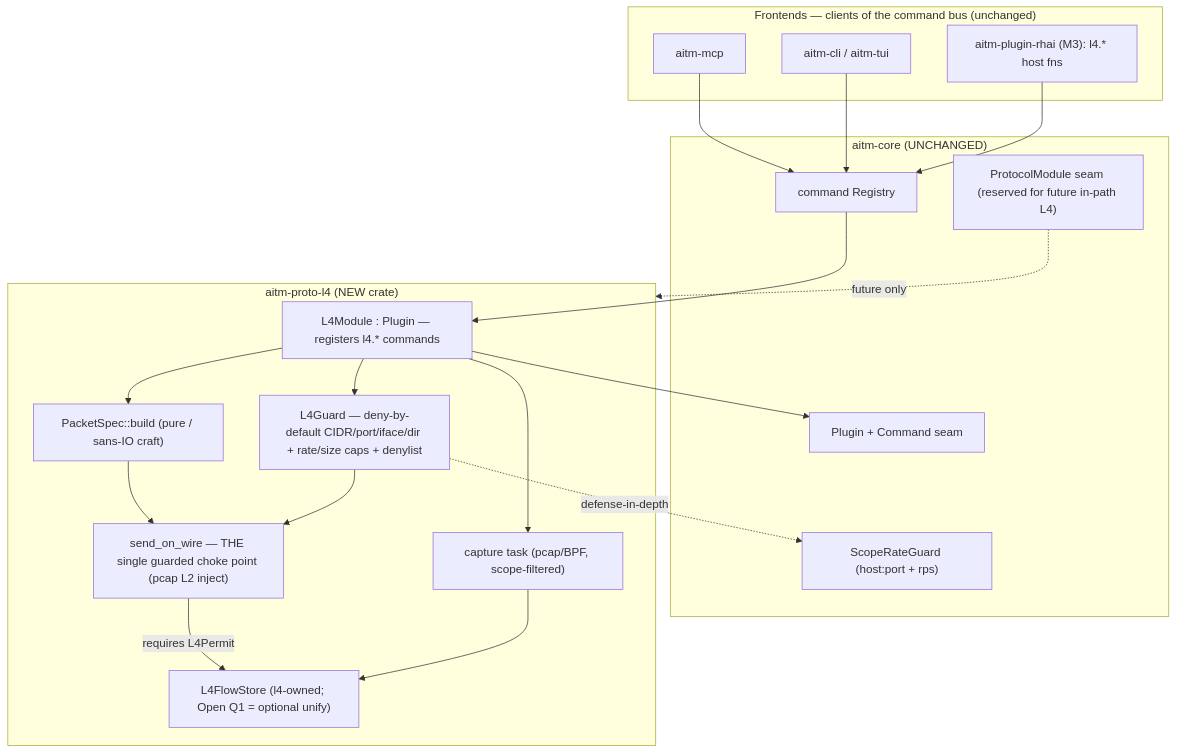
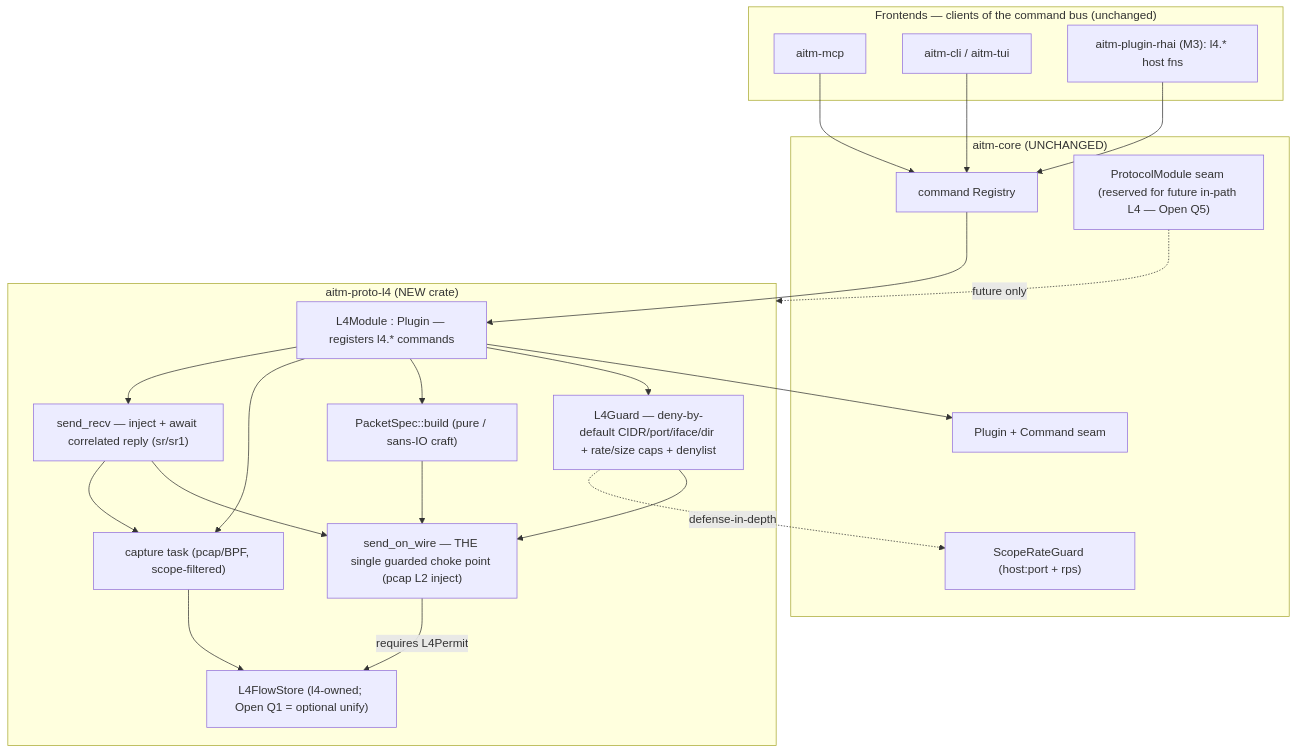
Before and after one commit to mrbrutti/aitmproxy: the first of 3 diagrams in docs/superpowers/specs/2026-10-27-aitmproxy-m5-l4-packet-mitm-design.md, drawn with Mermaid. The commit also changed other lines of this file, not shown here.

First line of the commit message:
docs(design): M5 spec amendment - send-receive (sr) + L4-parity fuzzing framing

````diff
--- a/docs/superpowers/specs/2026-10-27-aitmproxy-m5-l4-packet-mitm-design.md
+++ b/docs/superpowers/specs/2026-10-27-aitmproxy-m5-l4-packet-mitm-design.md
@@ -142,37 +182,41 @@
 ```mermaid
 graph TD
   subgraph Frontends["Frontends — clients of the command bus (unchanged)"]
     MCP["aitm-mcp"]
     CLI["aitm-cli / aitm-tui"]
     RHAI["aitm-plugin-rhai (M3): l4.* host fns"]
   end
   subgraph Core["aitm-core (UNCHANGED)"]
     REG["command Registry"]
     PLUGSEAM["Plugin + Command seam"]
-    PROTOSEAM["ProtocolModule seam (reserved for future in-path L4)"]
+    PROTOSEAM["ProtocolModule seam (reserved for future in-path L4 — Open Q5)"]
     CGUARD["ScopeRateGuard (host:port + rps)"]
   end
   subgraph L4["aitm-proto-l4 (NEW crate)"]
     MOD["L4Module : Plugin — registers l4.* commands"]
     LGUARD["L4Guard — deny-by-default CIDR/port/iface/dir + rate/size caps + denylist"]
     CRAFT["PacketSpec::build (pure / sans-IO craft)"]
     WIRE["send_on_wire — THE single guarded choke point (pcap L2 inject)"]
+    SR["send_recv — inject + await correlated reply (sr/sr1)"]
     CAP["capture task (pcap/BPF, scope-filtered)"]
     LSTORE["L4FlowStore (l4-owned; Open Q1 = optional unify)"]
   end
 
   MCP --> REG
   CLI --> REG
   RHAI --> REG
   REG --> MOD
   MOD --> PLUGSEAM
   MOD --> LGUARD
   MOD --> CRAFT
   MOD --> CAP
+  MOD --> SR
   CRAFT --> WIRE
+  SR --> WIRE
+  SR --> CAP
   LGUARD --> WIRE
   WIRE -->|requires L4Permit| LSTORE
   CAP --> LSTORE
   LGUARD -. defense-in-depth .-> CGUARD
   PROTOSEAM -. future only .-> L4
 ```
````
